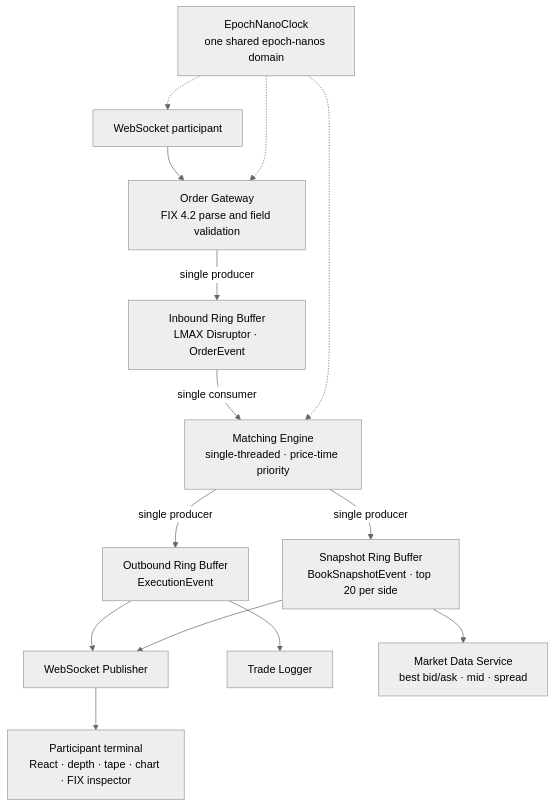
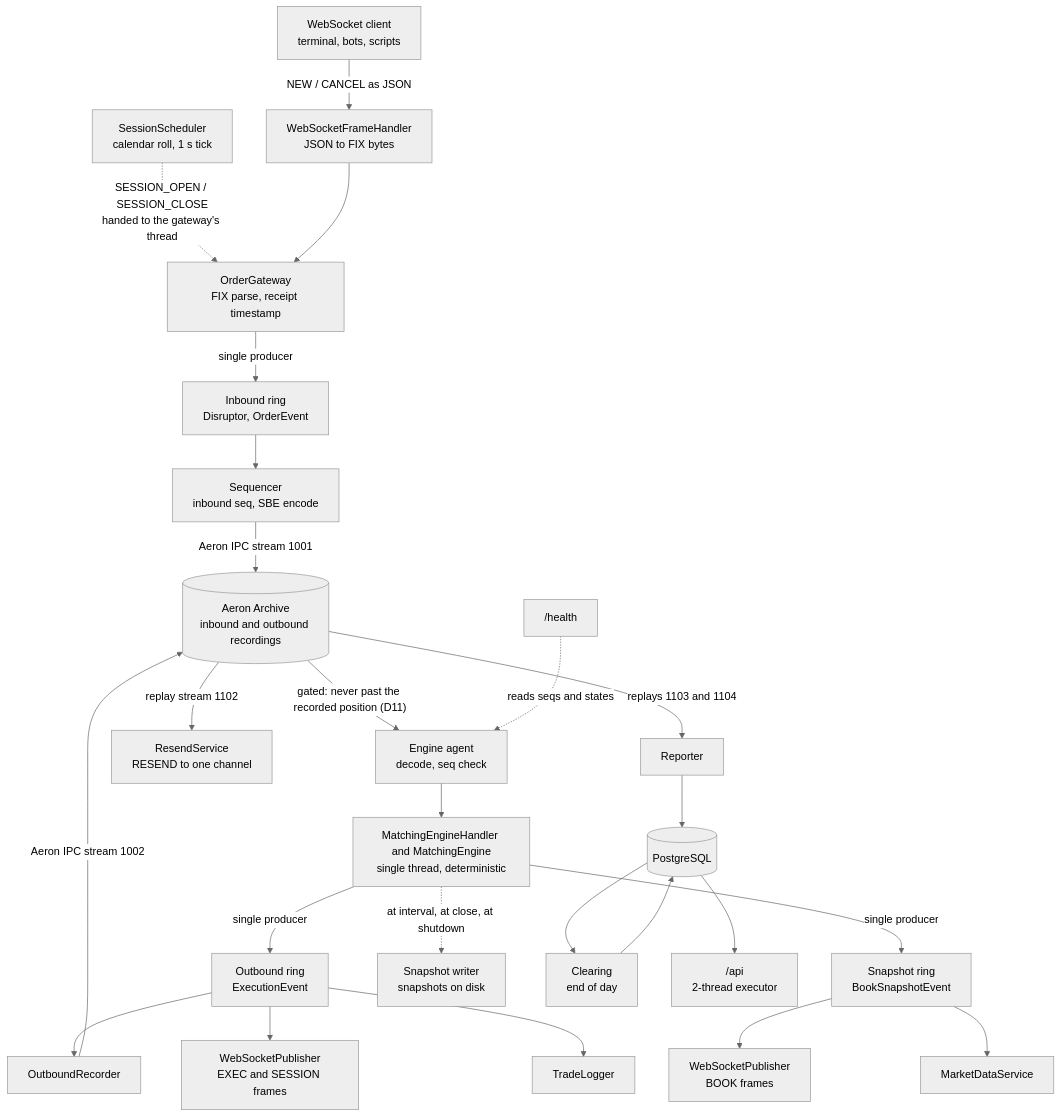
The first of 4 diagrams in README.md (ChikawaS04/High-Performance-Stock-Exchange), drawn with Mermaid (neutral theme) before and after one commit. The commit also changed other lines of this file, not shown here.

````diff
--- a/README.md
+++ b/README.md
@@ -82,16 +76,27 @@
 ```mermaid
 flowchart TD
-    NET["WebSocket participant"] --> GW["Order Gateway<br/>FIX 4.2 parse and field validation"]
-    GW -->|single producer| IN["Inbound Ring Buffer<br/>LMAX Disruptor · OrderEvent"]
-    IN -->|single consumer| ME["Matching Engine<br/>single-threaded · price-time priority"]
-    ME -->|single producer| OUT["Outbound Ring Buffer<br/>ExecutionEvent"]
-    ME -->|single producer| SNAP["Snapshot Ring Buffer<br/>BookSnapshotEvent · top 20 per side"]
-    OUT --> WSP["WebSocket Publisher"]
-    OUT --> TL["Trade Logger"]
-    SNAP --> WSP
-    SNAP --> MDS["Market Data Service<br/>best bid/ask · mid · spread"]
-    WSP --> UI["Participant terminal<br/>React · depth · tape · chart · FIX inspector"]
-    CLK["EpochNanoClock<br/>one shared epoch-nanos domain"] -.-> GW
-    CLK -.-> ME
-    CLK -.-> NET
+    WS["WebSocket client<br/>terminal, bots, scripts"] -->|"NEW / CANCEL as JSON"| FH["WebSocketFrameHandler<br/>JSON to FIX bytes"]
+    SCHED["SessionScheduler<br/>calendar roll, 1 s tick"] -.->|"SESSION_OPEN / SESSION_CLOSE<br/>handed to the gateway's thread"| GW
+    FH --> GW["OrderGateway<br/>FIX parse, receipt timestamp"]
+    GW -->|"single producer"| IN["Inbound ring<br/>Disruptor, OrderEvent"]
+    IN --> SEQ["Sequencer<br/>inbound seq, SBE encode"]
+    SEQ -->|"Aeron IPC stream 1001"| ARC[("Aeron Archive<br/>inbound and outbound recordings")]
+    ARC -->|"gated: never past the recorded position (D11)"| AG["Engine agent<br/>decode, seq check"]
+    AG --> ME["MatchingEngineHandler and MatchingEngine<br/>single thread, deterministic"]
+    ME -->|"single producer"| OUT["Outbound ring<br/>ExecutionEvent"]
+    ME -->|"single producer"| SNAP["Snapshot ring<br/>BookSnapshotEvent"]
+    ME -.->|"at interval, at close, at shutdown"| SS["Snapshot writer<br/>snapshots on disk"]
+    OUT --> REC["OutboundRecorder"]
+    REC -->|"Aeron IPC stream 1002"| ARC
+    OUT --> PUB["WebSocketPublisher<br/>EXEC and SESSION frames"]
+    OUT --> TL["TradeLogger"]
+    SNAP --> PUB2["WebSocketPublisher<br/>BOOK frames"]
+    SNAP --> MDS["MarketDataService"]
+    ARC -->|"replay stream 1102"| RS["ResendService<br/>RESEND to one channel"]
+    ARC -->|"replays 1103 and 1104"| REP["Reporter"]
+    REP --> PG[("PostgreSQL")]
+    PG --> CLR["Clearing<br/>end of day"]
+    CLR --> PG
+    PG --> API["/api<br/>2-thread executor"]
+    HEALTH["/health"] -.->|"reads seqs and states"| AG
 ```
````
